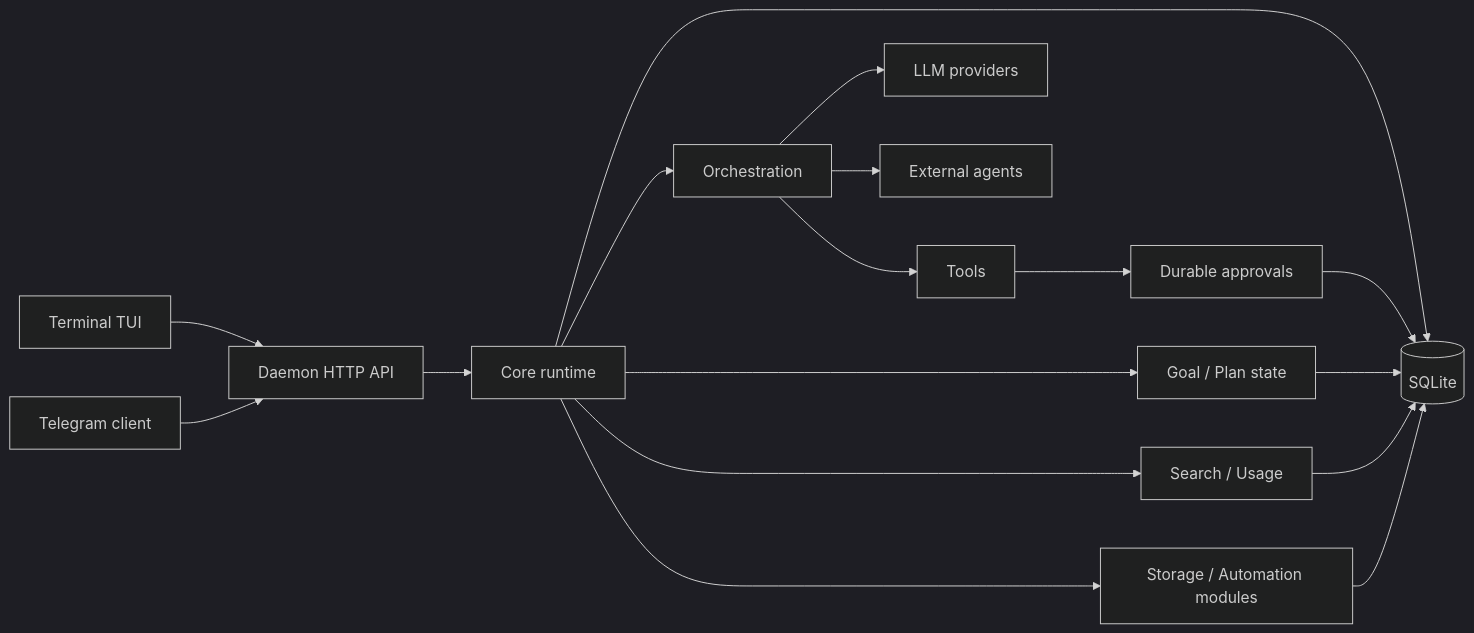
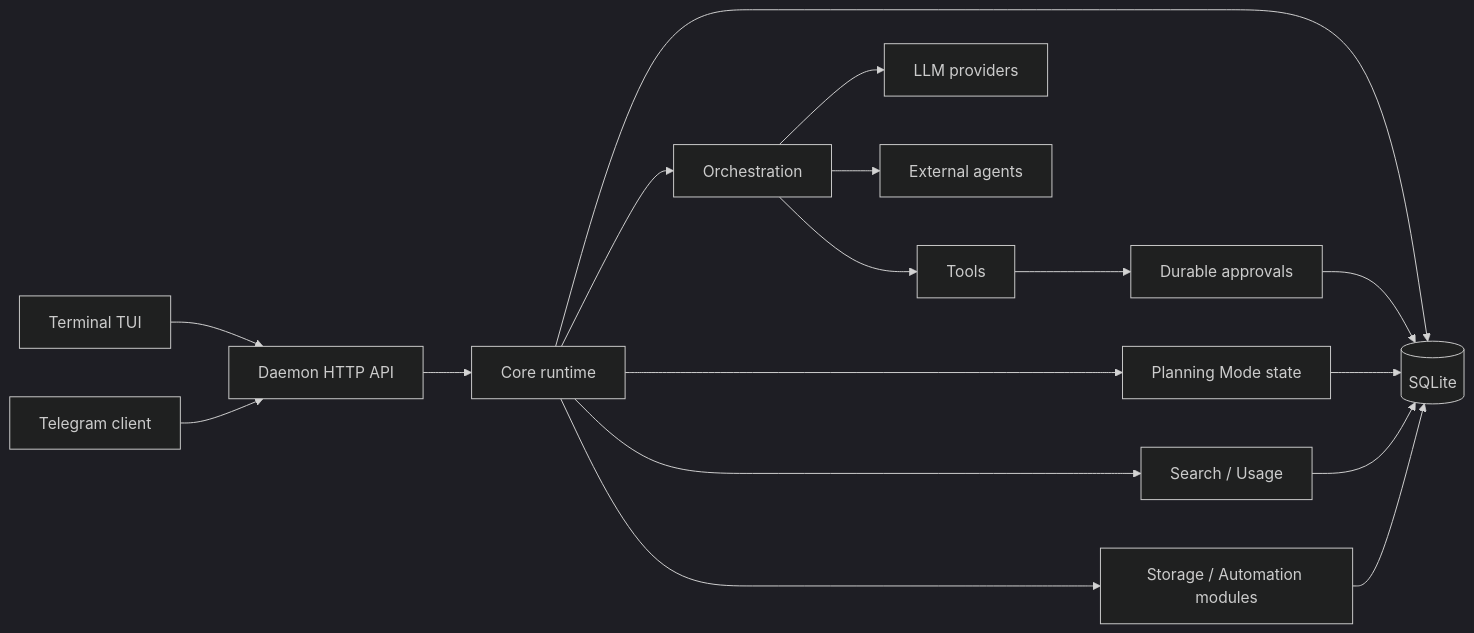
The second of 2 diagrams in README.md (Suren878/matrixclaw), drawn with Mermaid (dark theme) before and after one commit. The commit also changed other lines of this file and 37 other files, not shown here.

````diff
--- a/README.md
+++ b/README.md
@@ -267,19 +267,19 @@
 ```mermaid
 flowchart LR
     TUI[Terminal TUI] --> API[Daemon HTTP API]
     TG[Telegram client] --> API
     API --> CORE[Core runtime]
     CORE --> STORE[(SQLite)]
     CORE --> ORCH[Orchestration]
     ORCH --> PROVIDERS[LLM providers]
     ORCH --> AGENTS[External agents]
     ORCH --> TOOLS[Tools]
     TOOLS --> APPROVALS[Durable approvals]
     APPROVALS --> STORE
-    CORE --> PLAN[Goal / Plan state]
+    CORE --> PLAN[Planning Mode state]
     CORE --> SEARCH[Search / Usage]
     CORE --> MODULES[Storage / Automation modules]
     PLAN --> STORE
     SEARCH --> STORE
     MODULES --> STORE
 ```
````
